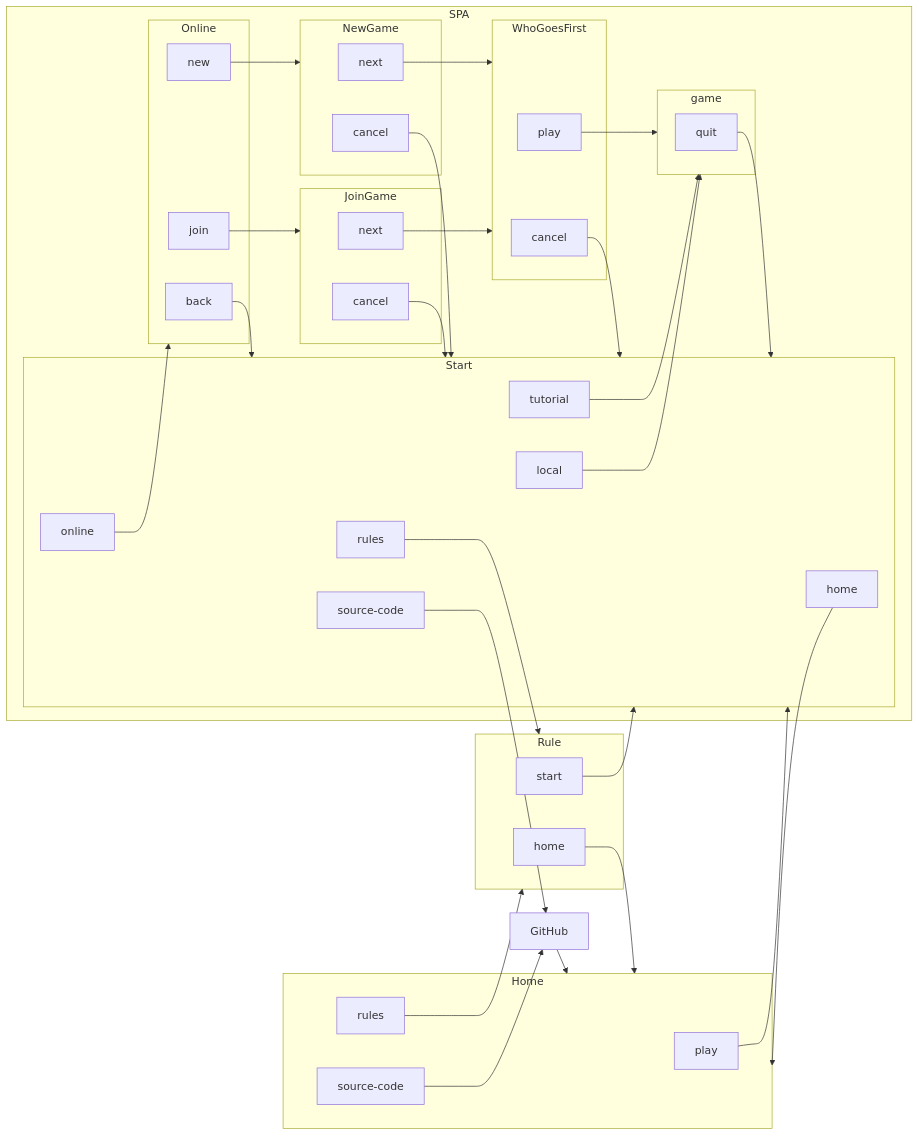
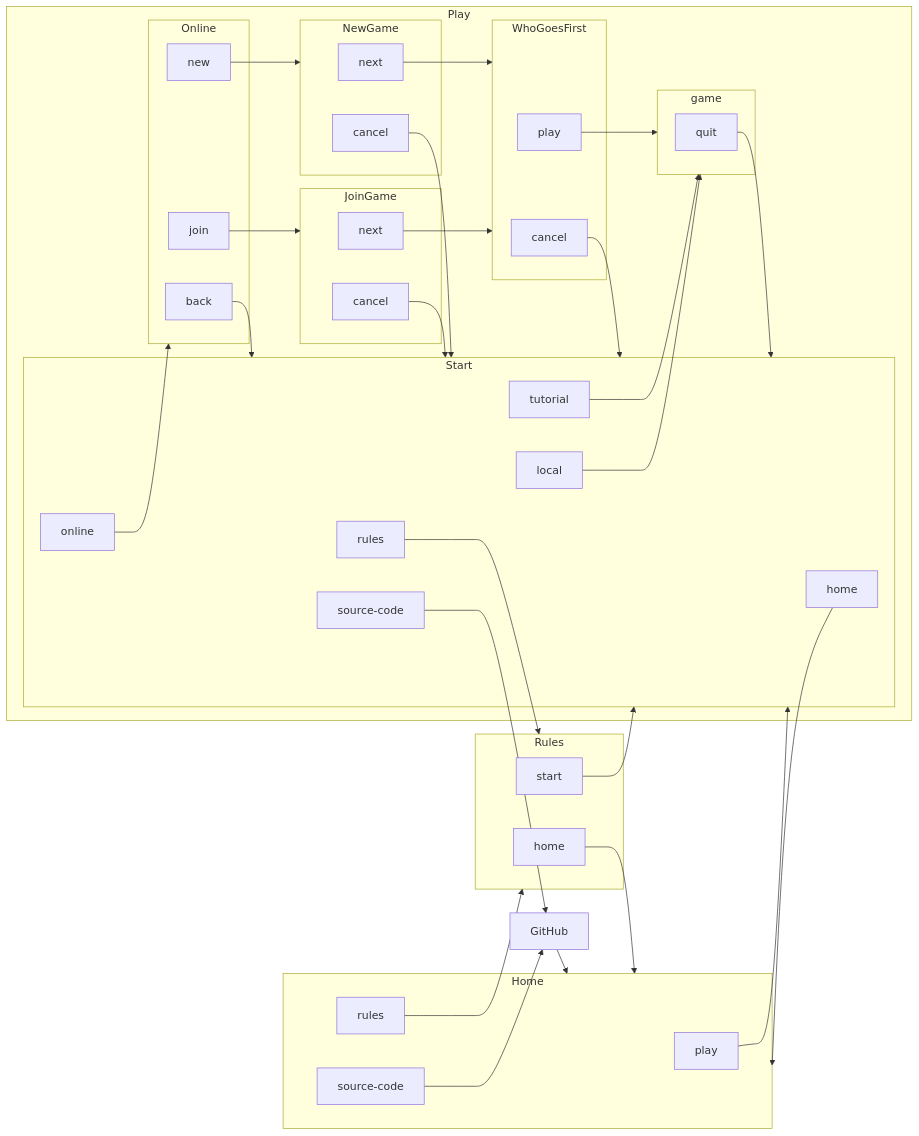
Before and after one commit to macabot/senet: the second of 3 diagrams in README.md, drawn with Mermaid. The commit also changed 20 other files, not shown here.

````diff
--- a/README.md
+++ b/README.md
@@ -168,82 +168,82 @@
 ```mermaid
 graph LR
     GitHub
 
     subgraph home["Home"]
         home-play["play"]
         home-rules["rules"]
         home-sourceCode["source-code"]
     end
 
-    subgraph rules["Rule"]
+    subgraph rules["Rules"]
         rules-start["start"]
         rules-home["home"]
     end
 
-    subgraph SPA
+    subgraph Play
 
         subgraph start["Start"]
             start-home["home"]
             start-tutorial["tutorial"]
             start-local["local"]
             start-online["online"]
             start-rules["rules"]
             start-sourceCode["source-code"]
         end
 
         subgraph online["Online"]
             online-new["new"]
             online-join["join"]
             online-back["back"]
         end
         subgraph NewGame
             NewGame-next["next"]
             NewGame-cancel["cancel"]
         end
         subgraph JoinGame
             JoinGame-next["next"]
             JoinGame-cancel["cancel"]
         end
 
         subgraph WhoGoesFirst
             WhoGoesFirst-play["play"]
             WhoGoesFirst-cancel["cancel"]
         end
 
         subgraph game
             game-quit["quit"]
         end
 
     end
 
     GitHub --> home
 
     home-play --> start
     home-rules --> rules
     home-sourceCode --> GitHub
 
     rules-home --> home
     rules-start --> start
 
     start-home --> home
     start-rules --> rules
     start-sourceCode --> GitHub
     start-online --> online
     start-tutorial --> game
     start-local --> game
 
     online-back --> start
     online-new --> NewGame
     online-join --> JoinGame
 
     NewGame-next --> WhoGoesFirst
     NewGame-cancel --> start
 
     JoinGame-next --> WhoGoesFirst
     JoinGame-cancel --> start
 
     WhoGoesFirst-play --> game
     WhoGoesFirst-cancel --> start
 
     game-quit --> start
 ```
````
